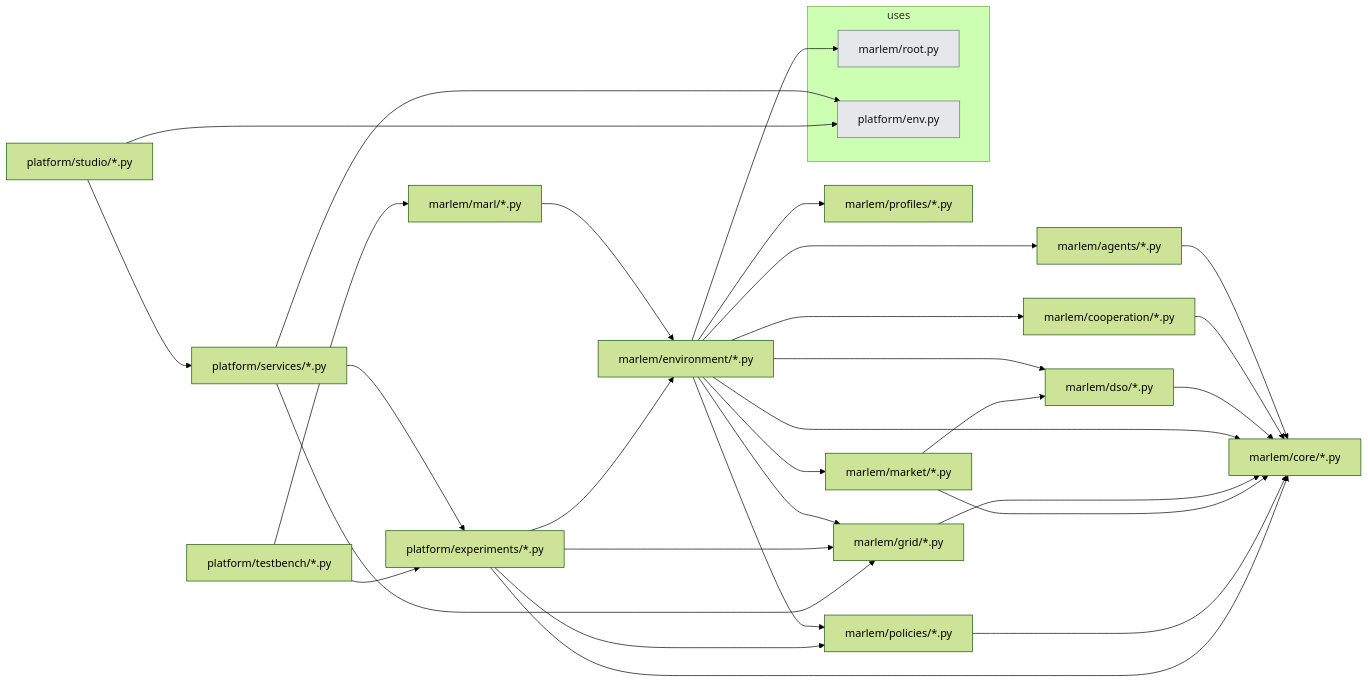
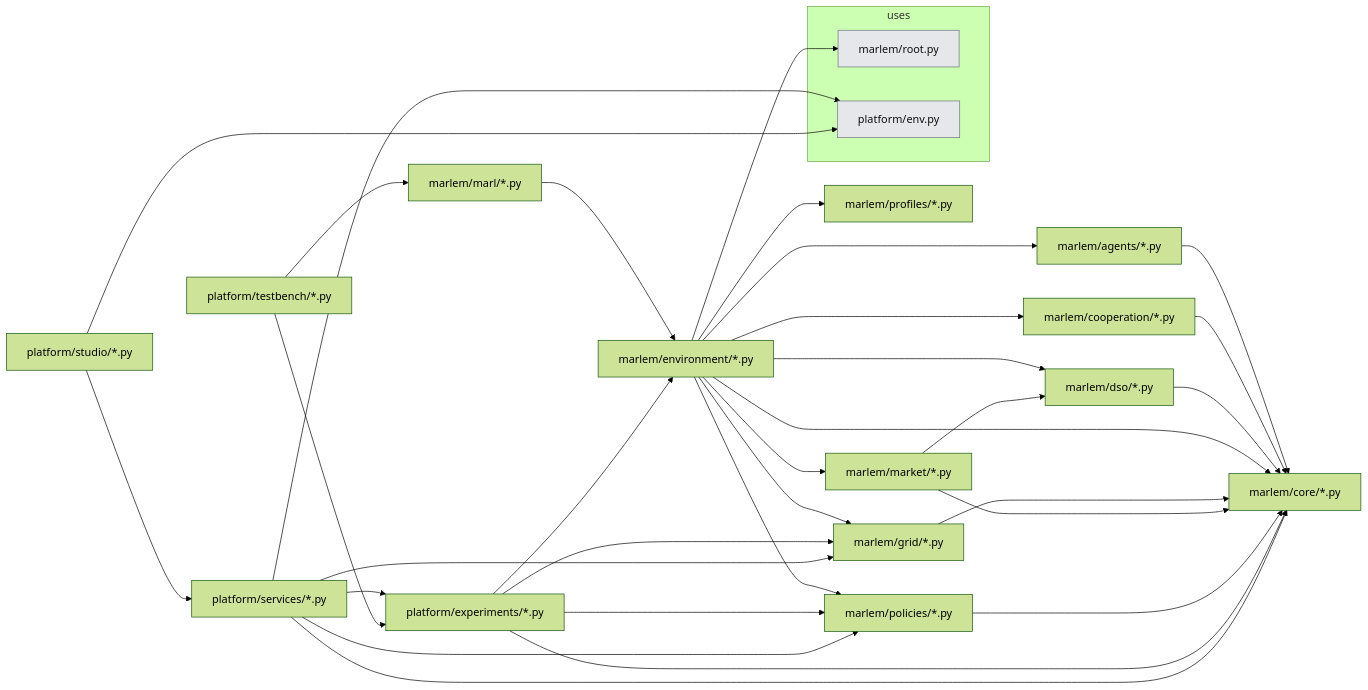
The second of 2 diagrams in src_thesis/README.md (KevinRapo/P2P-thesis), drawn with Mermaid (forest theme) before and after one commit. The commit also changed 13 other files, not shown here.

````diff
--- a/src_thesis/README.md
+++ b/src_thesis/README.md
@@ -89,50 +89,52 @@
 ```mermaid
 flowchart LR
   n_marlem_agents__["marlem/agents/*.py"]
   n_marlem_cooperation__["marlem/cooperation/*.py"]
   n_marlem_core__["marlem/core/*.py"]
   n_marlem_dso__["marlem/dso/*.py"]
   n_marlem_environment__["marlem/environment/*.py"]
   n_marlem_grid__["marlem/grid/*.py"]
   n_marlem_market__["marlem/market/*.py"]
   n_marlem_marl__["marlem/marl/*.py"]
   n_marlem_policies__["marlem/policies/*.py"]
   n_marlem_profiles__["marlem/profiles/*.py"]
   n_platform_experiments__["platform/experiments/*.py"]
   n_platform_services__["platform/services/*.py"]
   n_platform_studio__["platform/studio/*.py"]
   n_platform_testbench__["platform/testbench/*.py"]
   subgraph USES["uses"]
     n_marlem_root["marlem/root.py"]:::ext
     n_platform_env["platform/env.py"]:::ext
   end
   n_marlem_agents__ --> n_marlem_core__
   n_marlem_cooperation__ --> n_marlem_core__
   n_marlem_dso__ --> n_marlem_core__
   n_marlem_environment__ --> n_marlem_agents__
   n_marlem_environment__ --> n_marlem_cooperation__
   n_marlem_environment__ --> n_marlem_core__
   n_marlem_environment__ --> n_marlem_dso__
   n_marlem_environment__ --> n_marlem_grid__
   n_marlem_environment__ --> n_marlem_market__
   n_marlem_environment__ --> n_marlem_policies__
   n_marlem_environment__ --> n_marlem_profiles__
   n_marlem_environment__ --> n_marlem_root
   n_marlem_grid__ --> n_marlem_core__
   n_marlem_market__ --> n_marlem_core__
   n_marlem_market__ --> n_marlem_dso__
   n_marlem_marl__ --> n_marlem_environment__
   n_marlem_policies__ --> n_marlem_core__
   n_platform_experiments__ --> n_marlem_core__
   n_platform_experiments__ --> n_marlem_environment__
   n_platform_experiments__ --> n_marlem_grid__
   n_platform_experiments__ --> n_marlem_policies__
+  n_platform_services__ --> n_marlem_core__
   n_platform_services__ --> n_marlem_grid__
+  n_platform_services__ --> n_marlem_policies__
   n_platform_services__ --> n_platform_env
   n_platform_services__ --> n_platform_experiments__
   n_platform_studio__ --> n_platform_env
   n_platform_studio__ --> n_platform_services__
   n_platform_testbench__ --> n_marlem_marl__
   n_platform_testbench__ --> n_platform_experiments__
   classDef ext fill:#e5e7eb,stroke:#6b7280,color:#111
 ```
````
